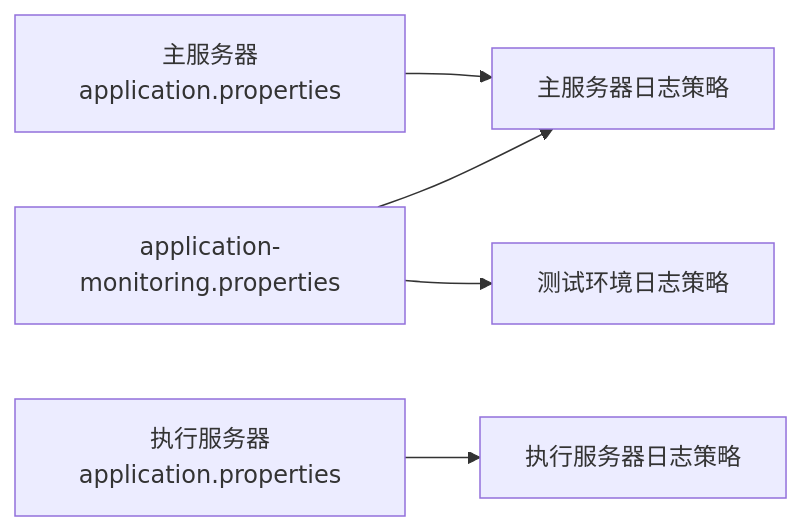
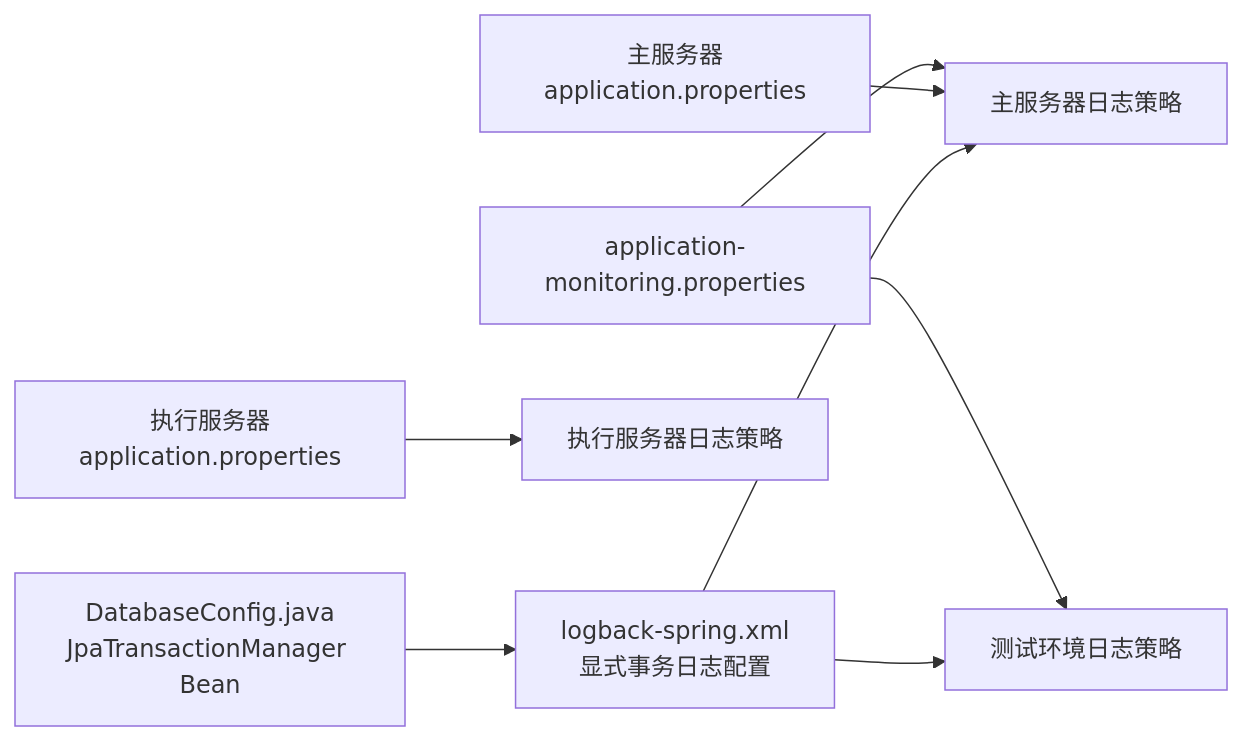
One commit to liuzh2008/med_ai_assistant_workspace changed diagram 12 of 12 in .qoder/repowiki/zh/content/监控运维/日志管理.md. Above: the diagram before and after it, drawn with Mermaid. The commit also changed other lines of this file and 9 other files, not shown here.

````diff
--- a/.qoder/repowiki/zh/content/监控运维/日志管理.md
+++ b/.qoder/repowiki/zh/content/监控运维/日志管理.md
@@ -355,7 +388,10 @@
 ```mermaid
 graph LR
 AM["application-monitoring.properties"] --> MS["主服务器日志策略"]
 AM --> TS["测试环境日志策略"]
 AP1["主服务器application.properties"] --> MS
 AP2["执行服务器application.properties"] --> ES["执行服务器日志策略"]
+LB["logback-spring.xml<br/>显式事务日志配置"] --> MS
+LB --> TS
+DC["DatabaseConfig.java<br/>JpaTransactionManager Bean"] --> LB
 ```
````
